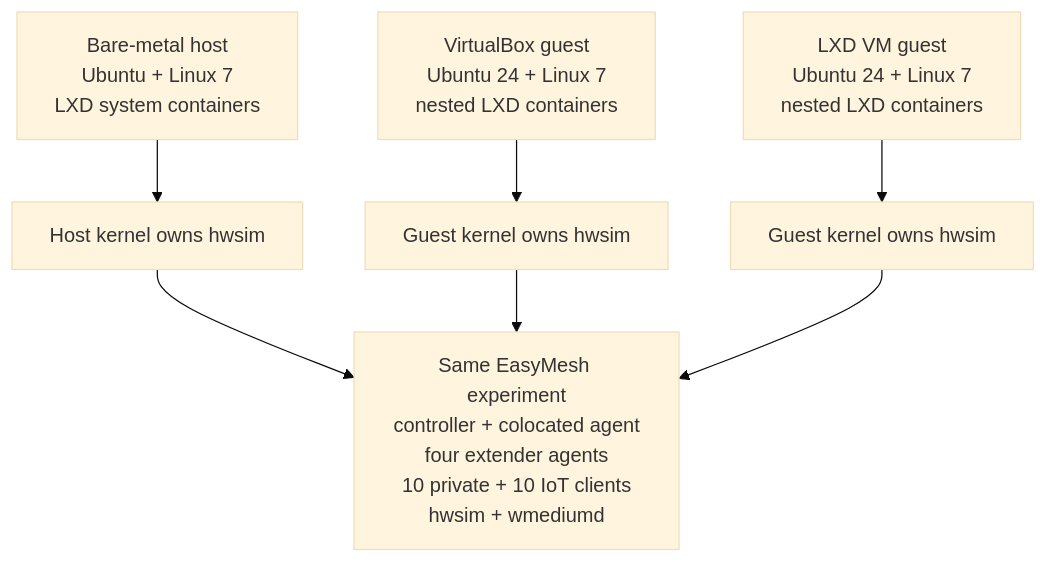
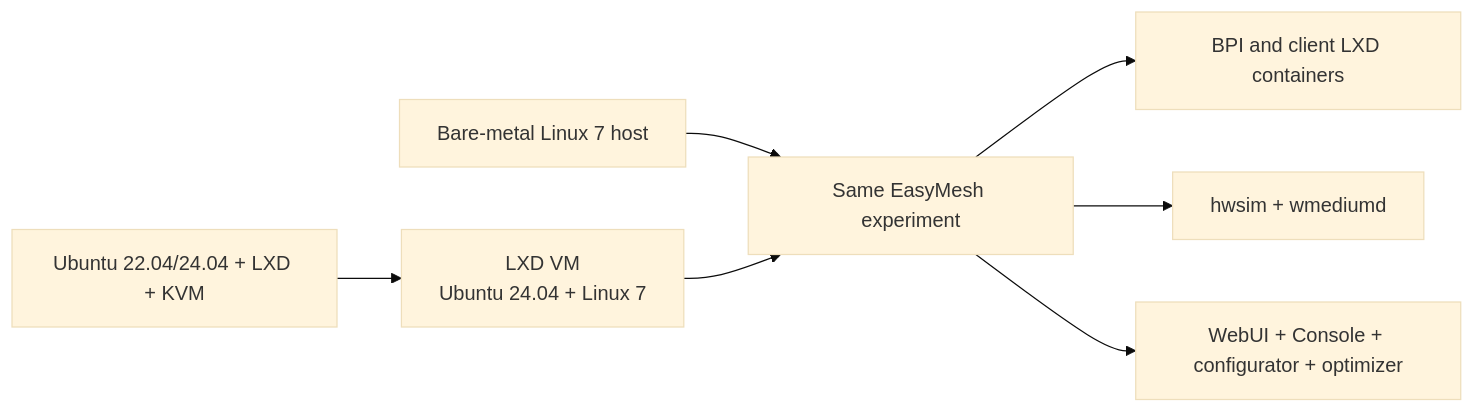
One commit to boardfarmdevs/meta-cmf-bananapi-vcpe changed the diagram in doc/easymesh/reference/deployment-models.md. Above: the diagram before and after it, drawn with Mermaid (base theme). The commit also changed other lines of this file and 62 other files, not shown here.

````diff
--- a/doc/easymesh/reference/deployment-models.md
+++ b/doc/easymesh/reference/deployment-models.md
@@ -14,16 +9,8 @@
 ```mermaid
-flowchart TB
-    EXP["Same EasyMesh experiment<br/>controller + colocated agent<br/>four extender agents<br/>10 private + 10 IoT clients<br/>hwsim + wmediumd"]
-
-    BM["Bare-metal host<br/>Ubuntu + Linux 7<br/>LXD system containers"]
-    VB["VirtualBox guest<br/>Ubuntu 24 + Linux 7<br/>nested LXD containers"]
-    LV["LXD VM guest<br/>Ubuntu 24 + Linux 7<br/>nested LXD containers"]
-
-    H1["Host kernel owns hwsim"]
-    H2["Guest kernel owns hwsim"]
-    H3["Guest kernel owns hwsim"]
-
-    BM --> H1 --> EXP
-    VB --> H2 --> EXP
-    LV --> H3 --> EXP
+flowchart LR
+    BM["Bare-metal Linux 7 host"] --> LAB["Same EasyMesh experiment"]
+    HOST["Ubuntu 22.04/24.04 + LXD + KVM"] --> VM["LXD VM<br/>Ubuntu 24.04 + Linux 7"] --> LAB
+    LAB --> NESTED["BPI and client LXD containers"]
+    LAB --> RF["hwsim + wmediumd"]
+    LAB --> TOOLS["WebUI + Console + configurator + optimizer"]
 ```
````
